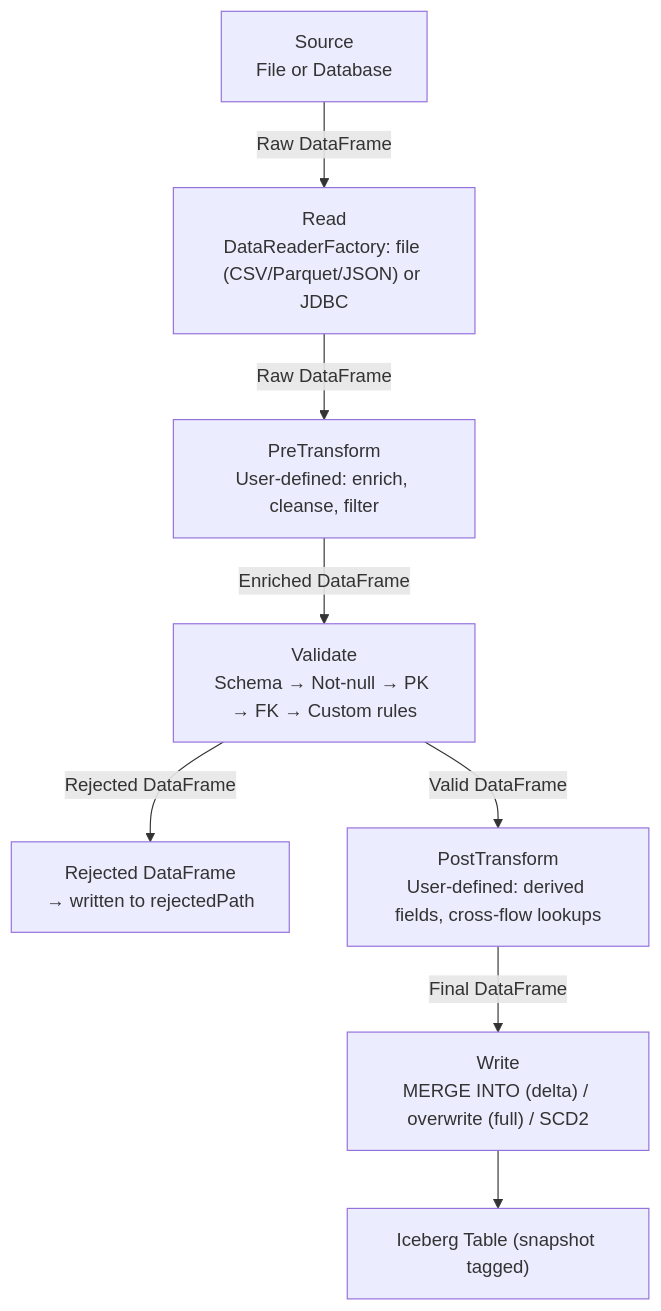
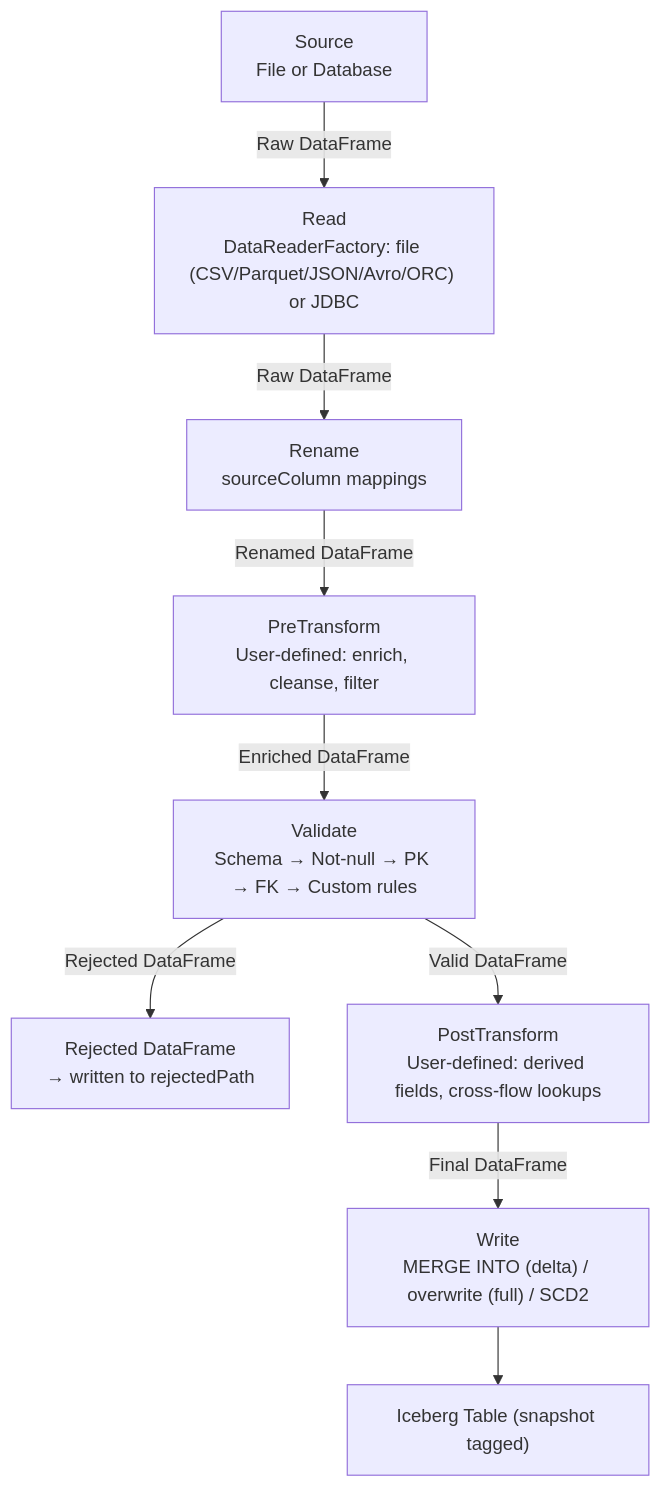
One commit to giacomoaccursi/Floe changed the diagram in site-docs/architecture/data-flow.md. Above: the diagram before and after it, drawn with Mermaid. The commit also changed other lines of this file and 10 other files, not shown here.

````diff
--- a/site-docs/architecture/data-flow.md
+++ b/site-docs/architecture/data-flow.md
@@ -7,19 +7,21 @@
 ```mermaid
 graph TD
     Source["Source<br/>File or Database"]
-    Read["Read<br/>DataReaderFactory: file (CSV/Parquet/JSON) or JDBC"]
+    Read["Read<br/>DataReaderFactory: file (CSV/Parquet/JSON/Avro/ORC) or JDBC"]
+    Rename["Rename<br/>sourceColumn mappings"]
     PreTransform["PreTransform<br/>User-defined: enrich, cleanse, filter"]
     Validate["Validate<br/>Schema → Not-null → PK → FK → Custom rules"]
     Rejected["Rejected DataFrame<br/>→ written to rejectedPath"]
     PostTransform["PostTransform<br/>User-defined: derived fields, cross-flow lookups"]
     Write["Write<br/>MERGE INTO (delta) / overwrite (full) / SCD2"]
     IcebergTable["Iceberg Table (snapshot tagged)"]
 
     Source -->|"Raw DataFrame"| Read
-    Read -->|"Raw DataFrame"| PreTransform
+    Read -->|"Raw DataFrame"| Rename
+    Rename -->|"Renamed DataFrame"| PreTransform
     PreTransform -->|"Enriched DataFrame"| Validate
     Validate -->|"Valid DataFrame"| PostTransform
     Validate -->|"Rejected DataFrame"| Rejected
     PostTransform -->|"Final DataFrame"| Write
     Write --> IcebergTable
 ```
````
